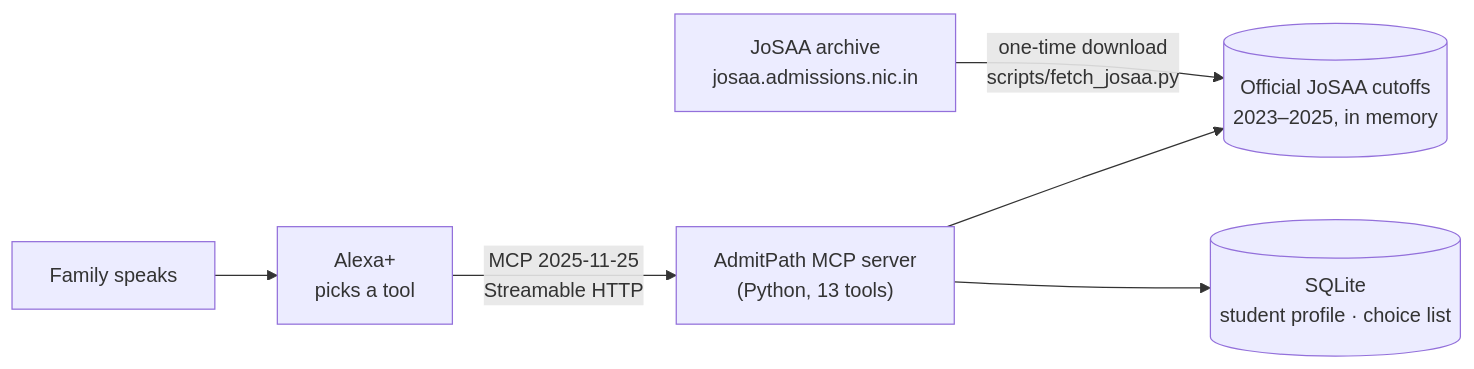
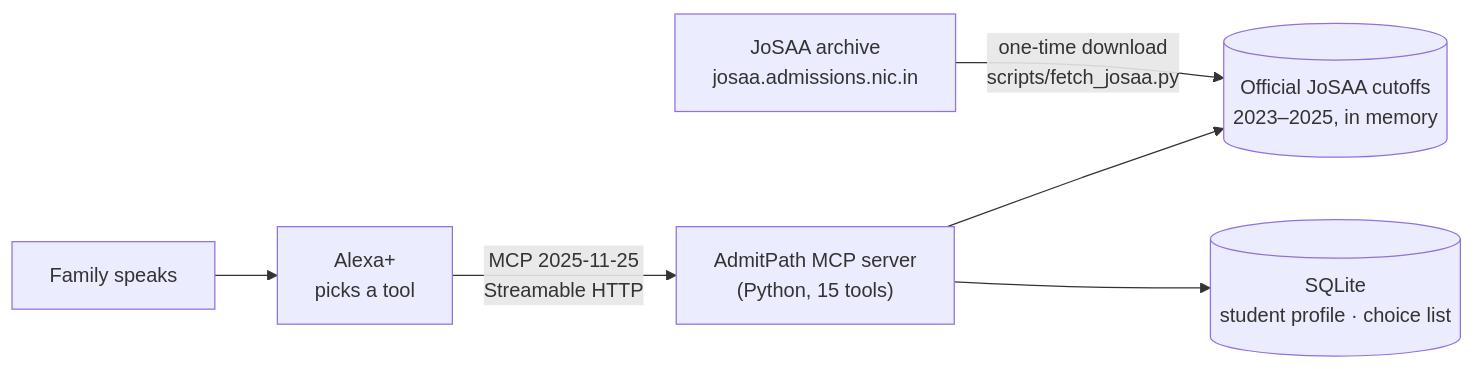
One commit to Charan1845/admitpath changed the diagram in README.md. Above: the diagram before and after it, drawn with Mermaid. The commit also changed other lines of this file and 11 other files, not shown here.

````diff
--- a/README.md
+++ b/README.md
@@ -31,8 +32,8 @@
 ```mermaid
 flowchart LR
     U["Family speaks"] --> A["Alexa+<br/>picks a tool"]
-    A -->|"MCP 2025-11-25<br/>Streamable HTTP"| S["AdmitPath MCP server<br/>(Python, 13 tools)"]
+    A -->|"MCP 2025-11-25<br/>Streamable HTTP"| S["AdmitPath MCP server<br/>(Python, 15 tools)"]
     S --> C[("Official JoSAA cutoffs<br/>2023–2025, in memory")]
     S --> P[("SQLite<br/>student profile · choice list")]
     J["JoSAA archive<br/>josaa.admissions.nic.in"] -->|"one-time download<br/>scripts/fetch_josaa.py"| C
 ```
````
